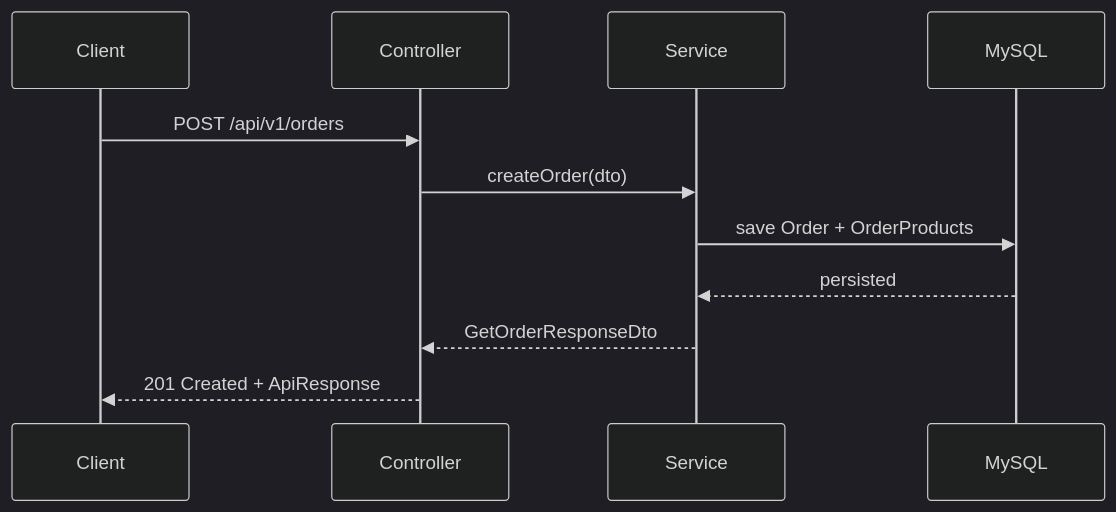
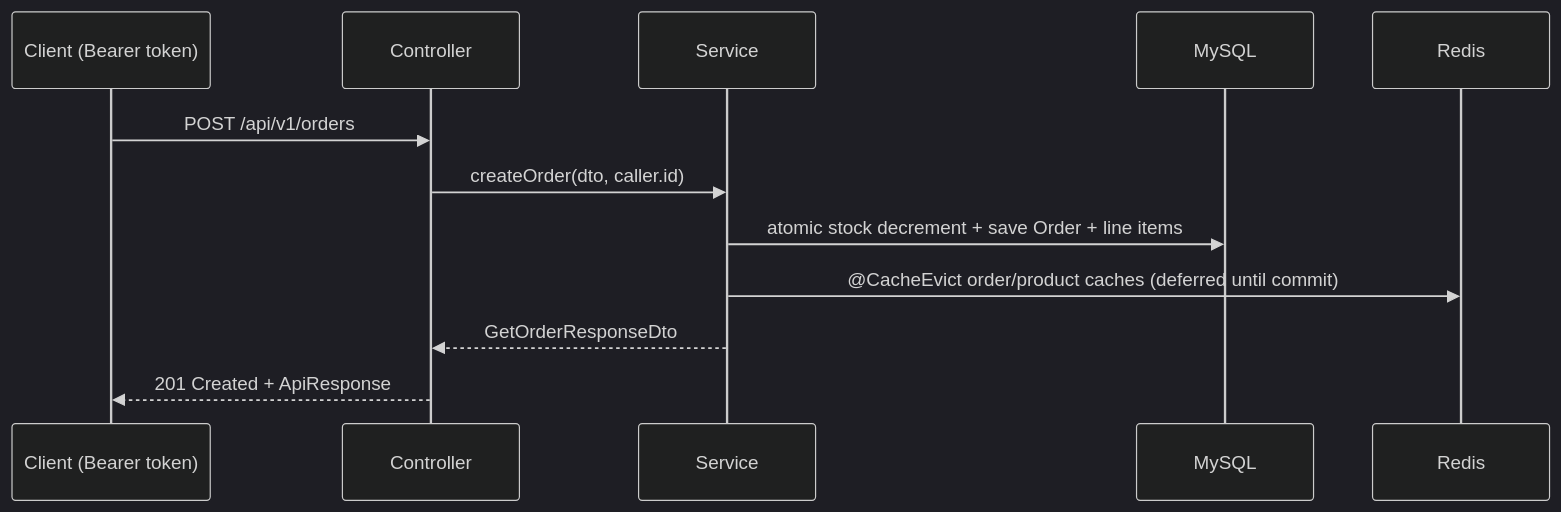
One commit to Priyank384/nexus-commerce changed the third of 4 diagrams in PROJECT_DOCUMENTATION.md. Above: the diagram before and after it, drawn with Mermaid (dark theme). The commit also changed other lines of this file and 108 other files, not shown here.

First line of the commit message:
Add JWT auth, RBAC, admin surface, Redis caching, order snapshots (V5-V12)

````diff
--- a/PROJECT_DOCUMENTATION.md
+++ b/PROJECT_DOCUMENTATION.md
@@ -224,14 +242,15 @@
 ```mermaid
 sequenceDiagram
-    participant C as Client
+    participant C as Client (Bearer token)
     participant CT as Controller
     participant S as Service
     participant DB as MySQL
+    participant R as Redis
 
     C->>CT: POST /api/v1/orders
-    CT->>S: createOrder(dto)
-    S->>DB: save Order + OrderProducts
-    DB-->>S: persisted
+    CT->>S: createOrder(dto, caller.id)
+    S->>DB: atomic stock decrement + save Order + line items
+    S->>R: @CacheEvict order/product caches (deferred until commit)
     S-->>CT: GetOrderResponseDto
     CT-->>C: 201 Created + ApiResponse
 ```
````
